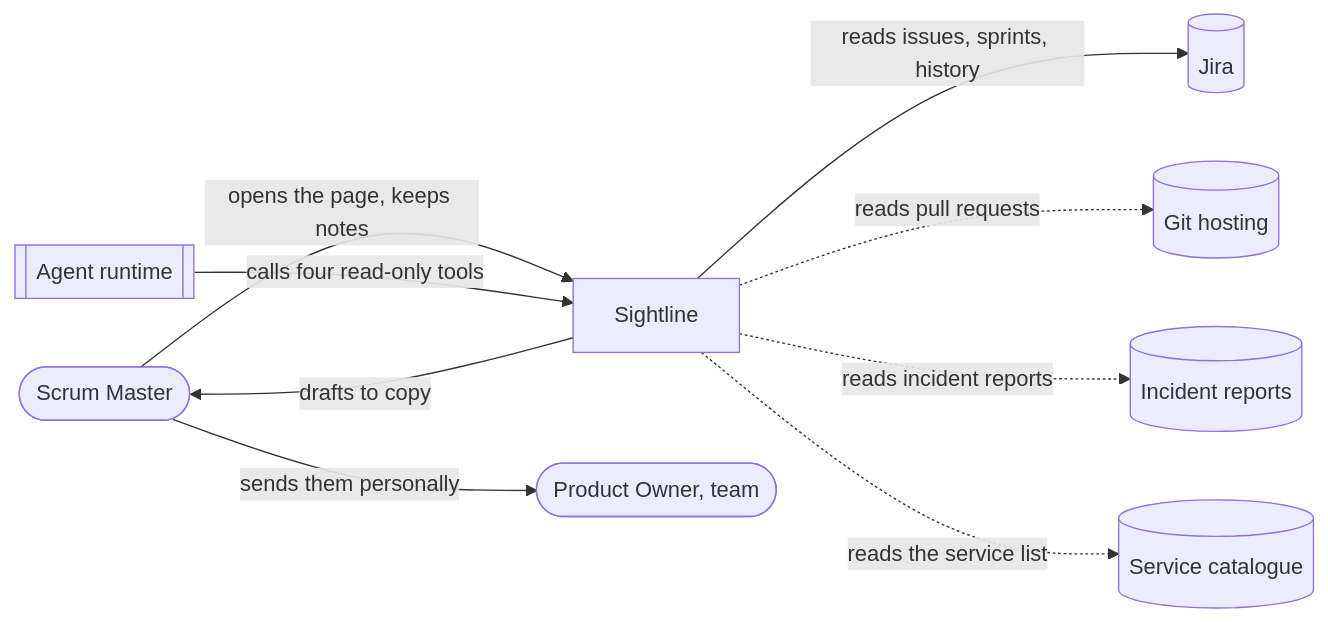
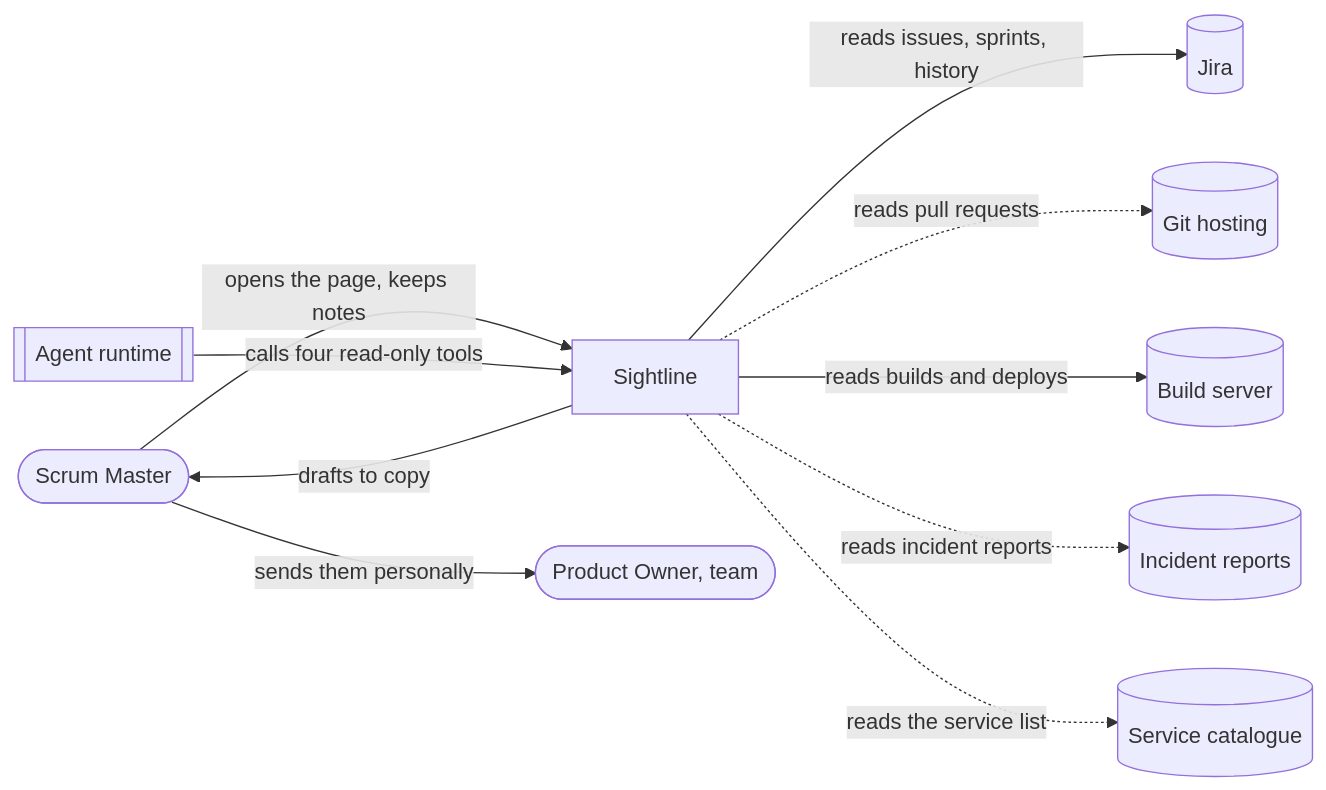
Before and after one commit to bolevin/sightline: the first of 3 diagrams in docs/architecture.md, drawn with Mermaid. The commit also changed other lines of this file and 25 other files, not shown here.

First line of the commit message:
Builds and deploys on the Code tab

````diff
--- a/docs/architecture.md
+++ b/docs/architecture.md
@@ -46,11 +46,12 @@
 ```mermaid
 flowchart LR
     SM([Scrum Master]) -->|opens the page, keeps notes| S[Sightline]
     S -->|reads issues, sprints, history| J[(Jira)]
     S -.->|reads pull requests| G[(Git hosting)]
+    S -->|reads builds and deploys| B[(Build server)]
     S -.->|reads incident reports| I[(Incident reports)]
     S -.->|reads the service list| C[(Service catalogue)]
     A[[Agent runtime]] -->|calls four read-only tools| S
     S -->|drafts to copy| SM
     SM -->|sends them personally| O([Product Owner, team])
 ```
````
